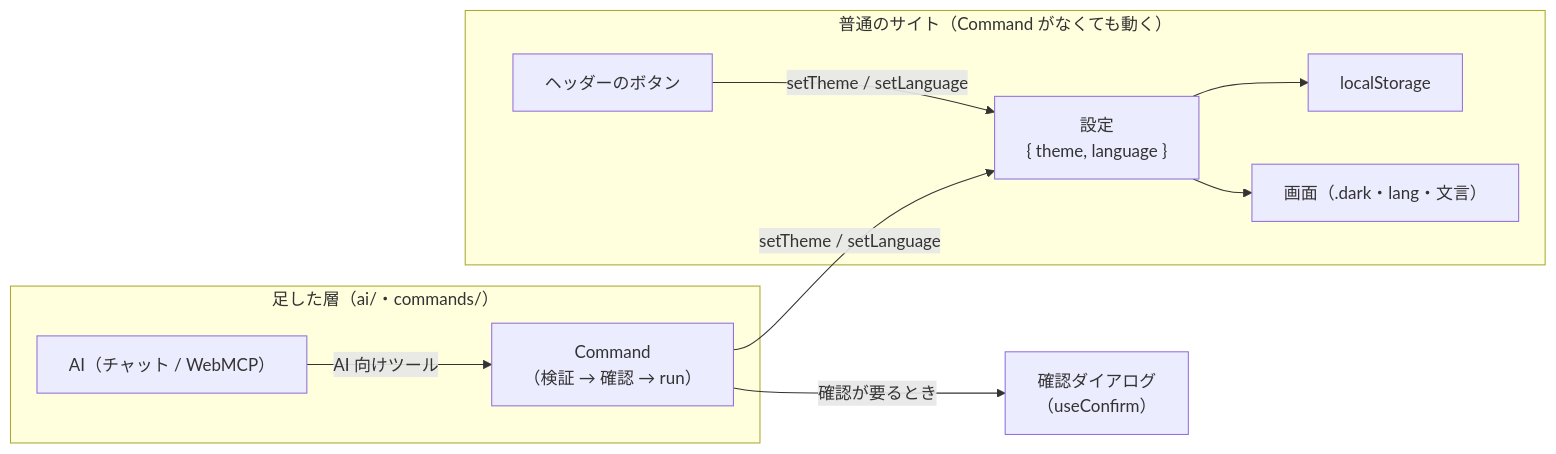
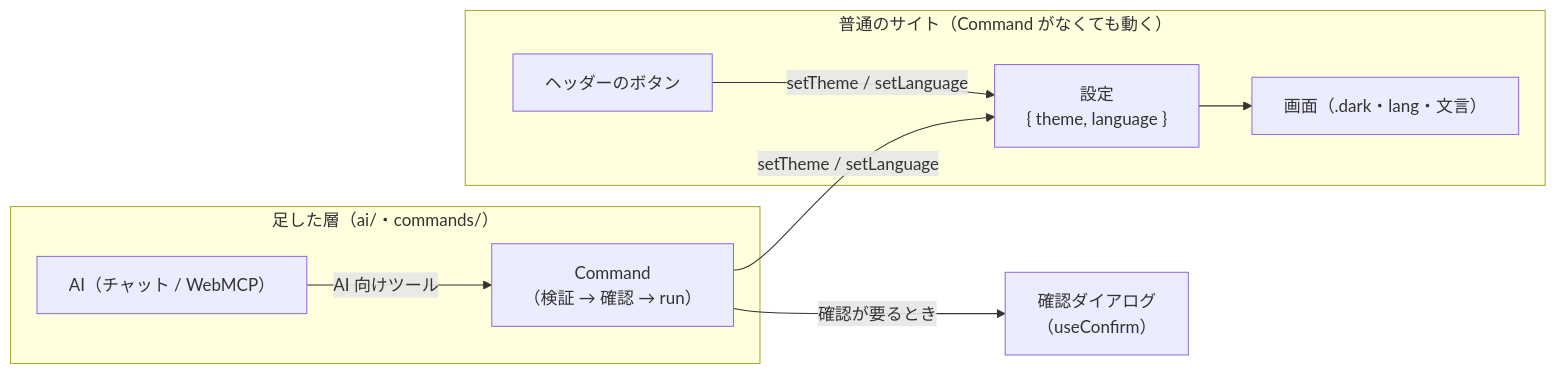
Before and after one commit to fujibayashi-ast/ai-friendly: the diagram in apps/settings/docs/commands.md, drawn with Mermaid. The commit also changed other lines of this file and 5 other files, not shown here.

First line of the commit message:
refactor: settings の localStorage への保存をやめる

````diff
--- a/apps/settings/docs/commands.md
+++ b/apps/settings/docs/commands.md
@@ -7,13 +7,12 @@
 ```mermaid
 flowchart LR
   subgraph site["普通のサイト（Command がなくても動く）"]
     Buttons["ヘッダーのボタン"] -- "setTheme / setLanguage" --> State["設定<br>{ theme, language }"]
-    State --> Storage["localStorage"]
     State --> Screen["画面（.dark・lang・文言）"]
   end
   subgraph ai["足した層（ai/・commands/）"]
     AI["AI（チャット / WebMCP）"] -- "AI 向けツール" --> Commands["Command<br>（検証 → 確認 → run）"]
   end
   Commands -- "setTheme / setLanguage" --> State
   Commands -- "確認が要るとき" --> Confirm["確認ダイアログ<br>（useConfirm）"]
 ```
````
